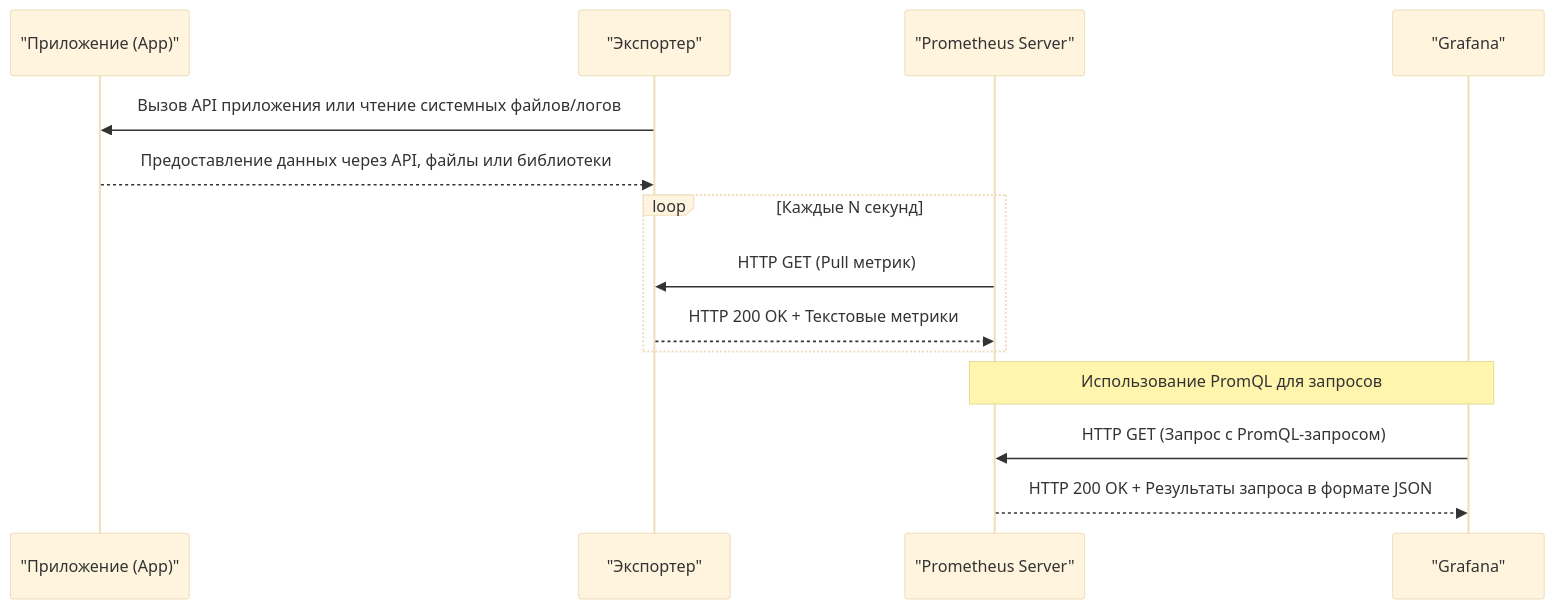
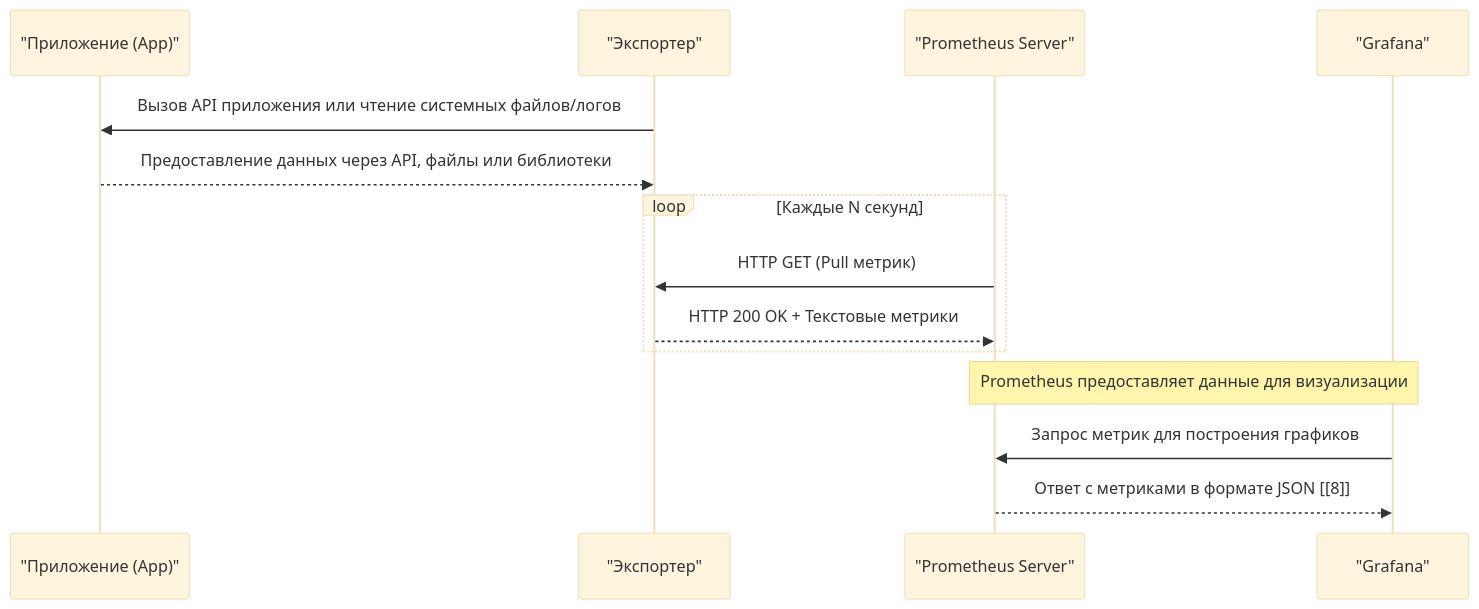
Before and after one commit to lamjob1993/linux-monitoring: the diagram in grafana/README.md, drawn with Mermaid (base theme). The commit also changed other lines of this file, not shown here.

````diff
--- a/grafana/README.md
+++ b/grafana/README.md
@@ -8,19 +7,19 @@
 ```mermaid
 sequenceDiagram
     participant App as "Приложение (App)"
     participant Exporter as "Экспортер"
     participant Prometheus as "Prometheus Server"
     participant Grafana as "Grafana"
 
     Exporter->>App: Вызов API приложения или чтение системных файлов/логов
     App-->>Exporter: Предоставление данных через API, файлы или библиотеки
 
     loop Каждые N секунд
         Prometheus->>Exporter: HTTP GET (Pull метрик)
         Exporter-->>Prometheus: HTTP 200 OK + Текстовые метрики
     end
 
-    note over Grafana,Prometheus: Использование PromQL для запросов
-    Grafana->>Prometheus: HTTP GET (Запрос с PromQL-запросом)
-    Prometheus-->>Grafana: HTTP 200 OK + Результаты запроса в формате JSON
+    note over Prometheus,Grafana: Prometheus предоставляет данные для визуализации
+    Grafana->>Prometheus: Запрос метрик для построения графиков
+    Prometheus-->>Grafana: Ответ с метриками в формате JSON [[8]]
 ```
````
